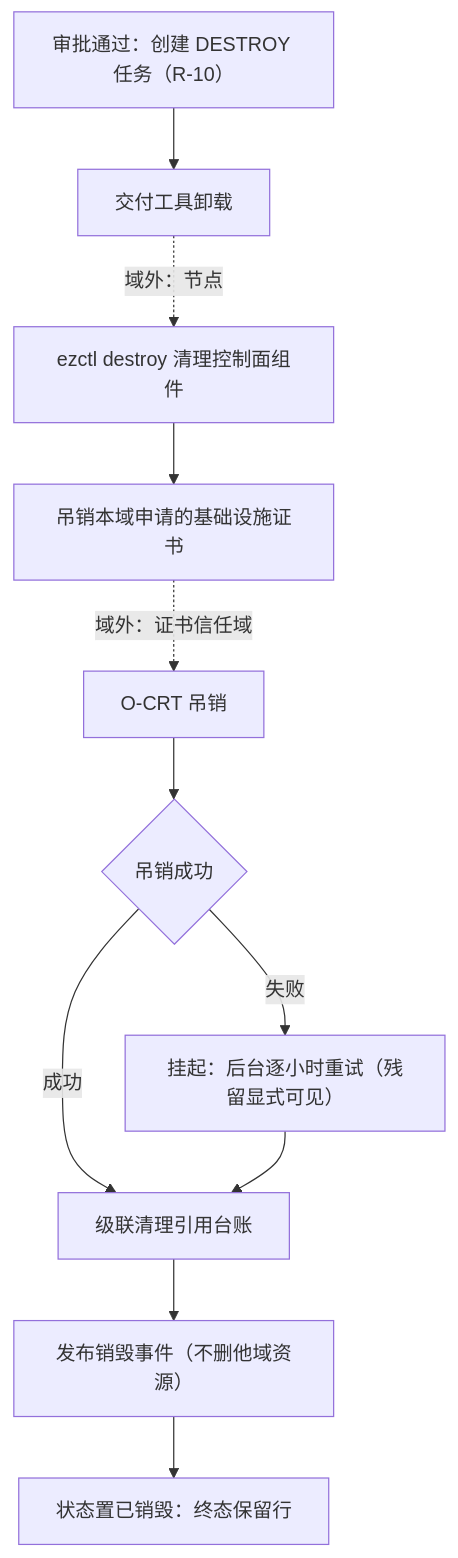
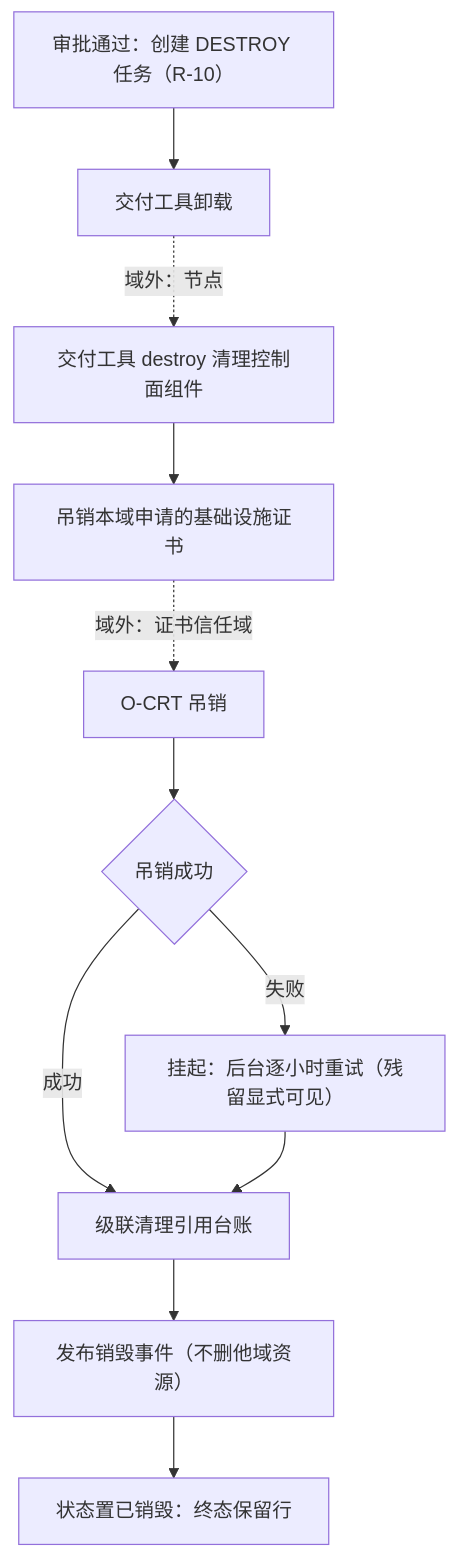
One commit to Project-Opic/opic-clc changed the seventh of 9 diagrams in design/spec/需求规格说明书-OPIC-集群域.md. Above: the diagram before and after it, drawn with Mermaid. The commit also changed other lines of this file and 3 other files, not shown here.

````diff
--- a/design/spec/需求规格说明书-OPIC-集群域.md
+++ b/design/spec/需求规格说明书-OPIC-集群域.md
@@ -880,13 +1005,13 @@
 ```mermaid
 flowchart TD
     A["审批通过：创建 DESTROY 任务（R-10）"] --> B["交付工具卸载"]
-    B -.->|域外：节点| C["ezctl destroy 清理控制面组件"]
+    B -.->|域外：节点| C["交付工具 destroy 清理控制面组件"]
     C --> D["吊销本域申请的基础设施证书"]
     D -.->|域外：证书信任域| E["O-CRT 吊销"]
     E --> F{"吊销成功"}
     F -->|失败| G["挂起：后台逐小时重试（残留显式可见）"]
     F -->|成功| H["级联清理引用台账"]
     G --> H
     H --> I["发布销毁事件（不删他域资源）"]
     I --> J["状态置已销毁：终态保留行"]
 ```
````
